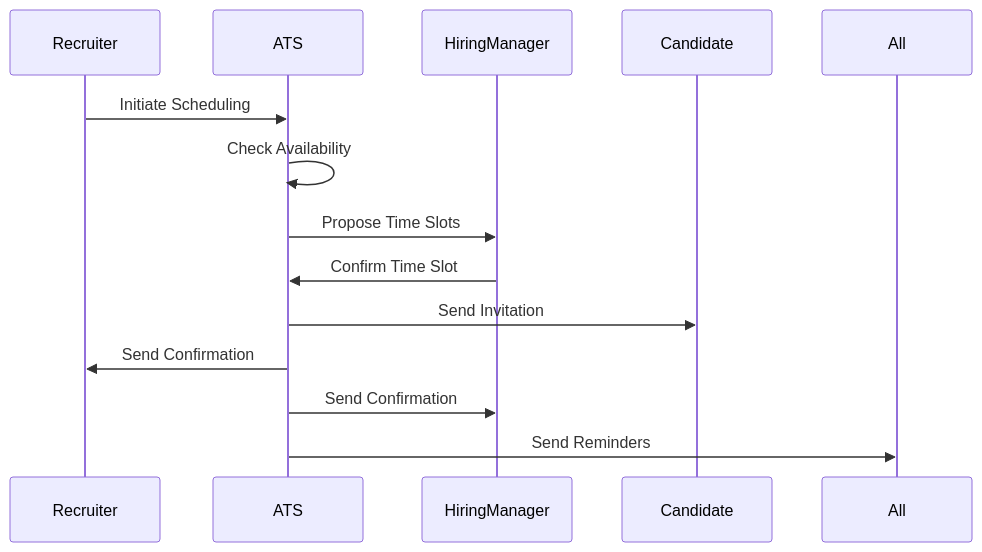
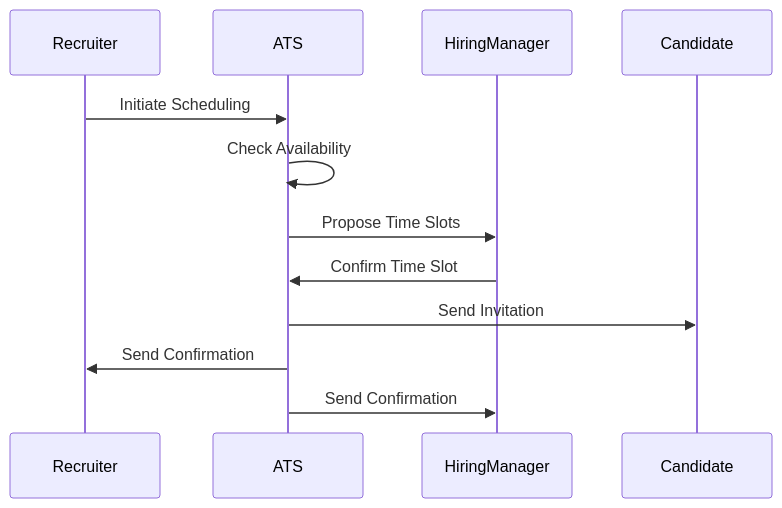
One commit to LIDR-academy/AI4Devs-design changed the third of 6 diagrams in LTI-RJD/UserStories-RJD.md. Above: the diagram before and after it, drawn with Mermaid. The commit also changed other lines of this file, not shown here.

````diff
--- a/LTI-RJD/UserStories-RJD.md
+++ b/LTI-RJD/UserStories-RJD.md
@@ -169,17 +150,10 @@
 ```mermaid
 sequenceDiagram
-Participant Recruiter
-Participant ATS
-Participant HiringManager
-Participant Candidate
-
-Recruiter->>ATS: Initiate Scheduling
-ATS->>ATS: Check Availability
-ATS->>HiringManager: Propose Time Slots
-HiringManager->>ATS: Confirm Time Slot
-ATS->>Candidate: Send Invitation
-ATS->>Recruiter: Send Confirmation
-ATS->>HiringManager: Send Confirmation
-ATS->>All: Send Reminders
-
+    Recruiter->>ATS: Initiate Scheduling
+    ATS->>ATS: Check Availability
+    ATS->>HiringManager: Propose Time Slots
+    HiringManager->>ATS: Confirm Time Slot
+    ATS->>Candidate: Send Invitation
+    ATS->>Recruiter: Send Confirmation
+    ATS->>HiringManager: Send Confirmation
 ```
````
